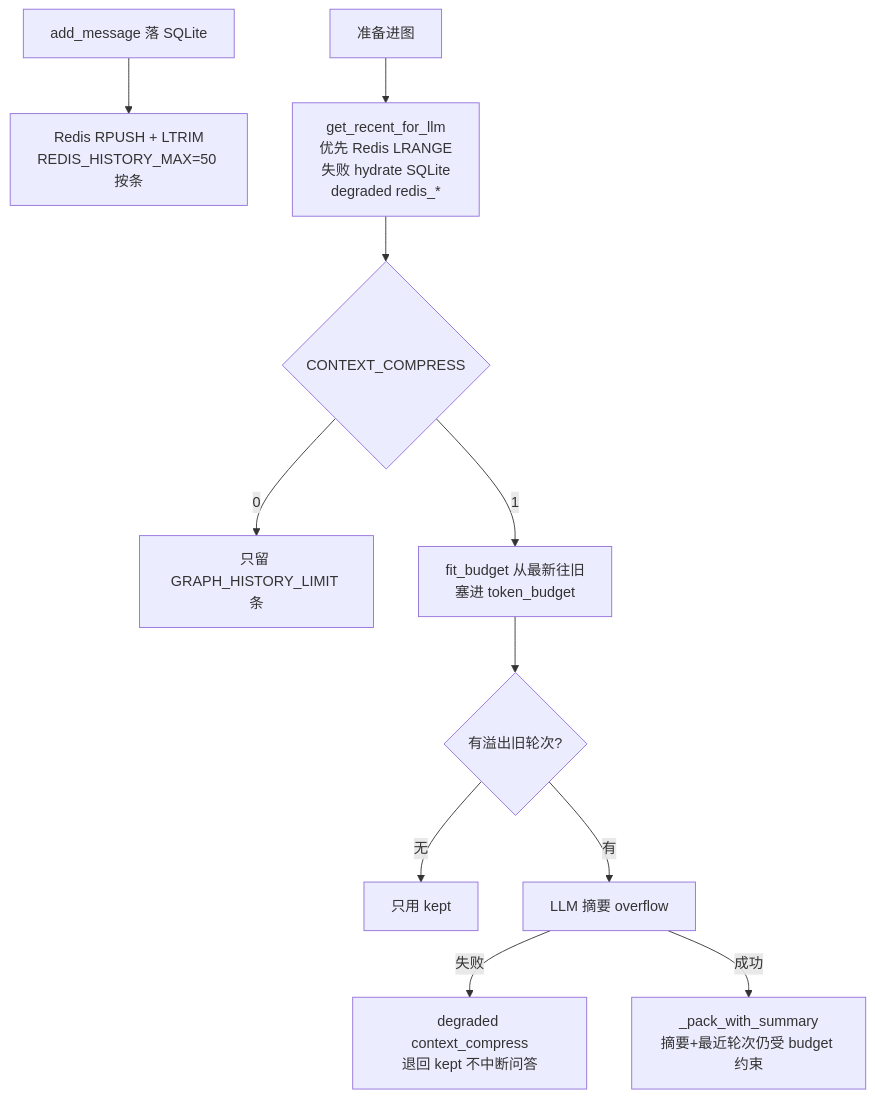
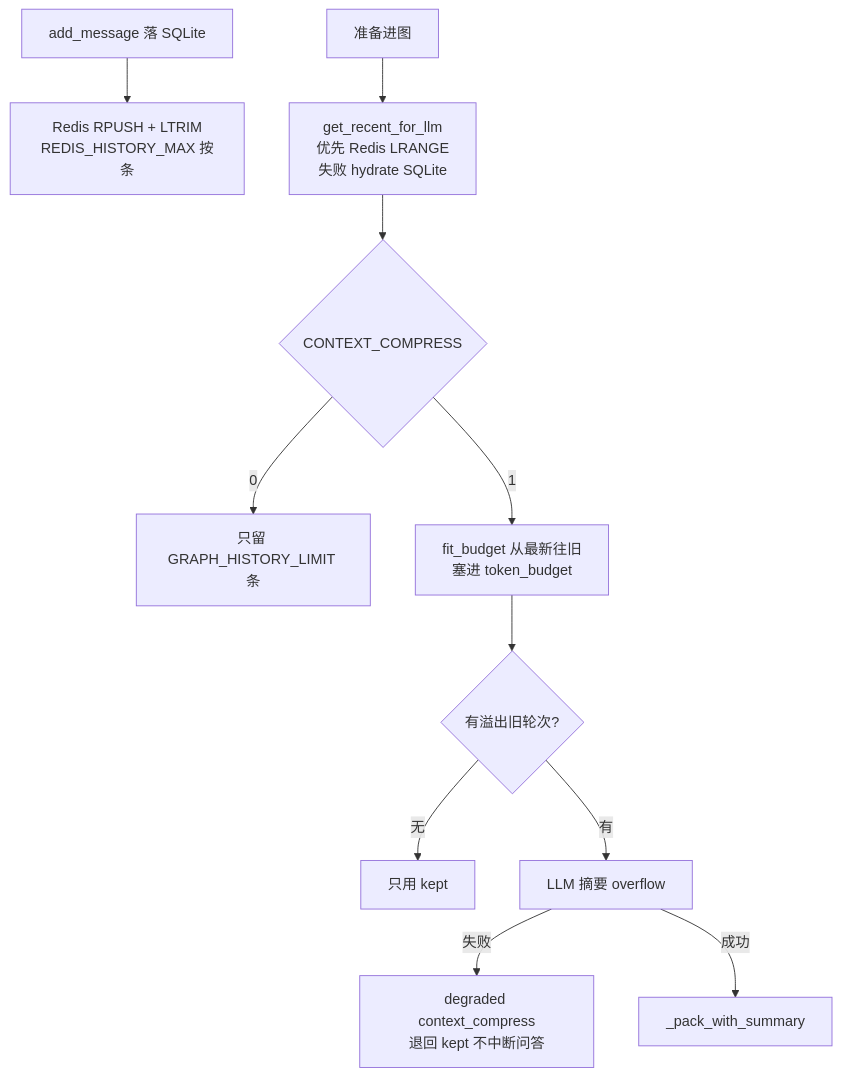
The fourth of 7 diagrams in docs/系统架构.md (Ajet9009/chinese_medical), drawn with Mermaid before and after one commit. The commit also changed other lines of this file and 61 other files, not shown here.

````diff
--- a/docs/系统架构.md
+++ b/docs/系统架构.md
@@ -148,13 +166,13 @@
 ```mermaid
 flowchart TD
-    MSG["add_message 落 SQLite"] --> RP["Redis RPUSH + LTRIM<br/>REDIS_HISTORY_MAX=50 按条"]
-    ASK["准备进图"] --> HOT["get_recent_for_llm<br/>优先 Redis LRANGE<br/>失败 hydrate SQLite<br/>degraded redis_*"]
+    MSG["add_message 落 SQLite"] --> RP["Redis RPUSH + LTRIM<br/>REDIS_HISTORY_MAX 按条"]
+    ASK["准备进图"] --> HOT["get_recent_for_llm<br/>优先 Redis LRANGE<br/>失败 hydrate SQLite"]
     HOT --> CC{"CONTEXT_COMPRESS"}
     CC -->|0| CUT["只留 GRAPH_HISTORY_LIMIT 条"]
     CC -->|1| FIT["fit_budget 从最新往旧<br/>塞进 token_budget"]
     FIT --> OV{有溢出旧轮次?}
     OV -->|无| KEEP["只用 kept"]
     OV -->|有| SUM["LLM 摘要 overflow"]
     SUM -->|失败| FB["degraded context_compress<br/>退回 kept 不中断问答"]
-    SUM -->|成功| PACK["_pack_with_summary<br/>摘要+最近轮次仍受 budget 约束"]
+    SUM -->|成功| PACK["_pack_with_summary"]
 ```
````
